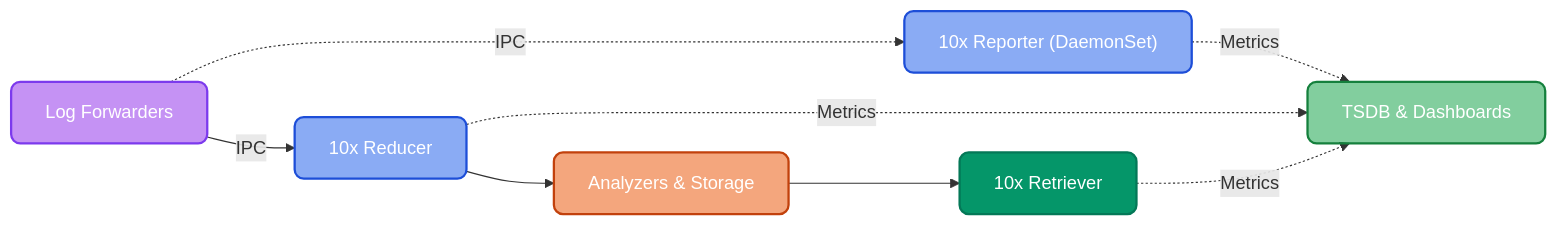
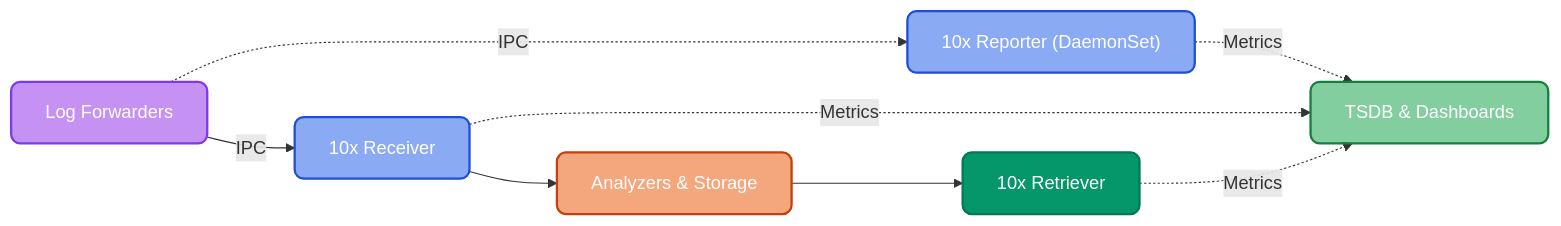
The diagram in apps/doc.md (log-10x/modules), drawn with Mermaid before and after one commit. The commit also changed other lines of this file and 41 other files, not shown here.

````diff
--- a/apps/doc.md
+++ b/apps/doc.md
@@ -11,23 +11,23 @@
 ```mermaid
 graph LR
-    Forwarders["Log Forwarders"] -->|IPC| Edge["10x Reducer"]
+    Forwarders["Log Forwarders"] -->|IPC| Edge["10x Receiver"]
     Edge --> Analyzers["Analyzers & Storage"]
     Forwarders -.->|IPC| Reporter["10x Reporter (DaemonSet)"]
     Analyzers --> Cloud["10x Retriever"]
     Reporter -.->|Metrics| Console["TSDB & Dashboards"]
     Edge -.->|Metrics| Console
     Cloud -.->|Metrics| Console
 
     classDef forwarders fill:#9333ea88,stroke:#7c3aed,color:#ffffff,stroke-width:2px,rx:8,ry:8
     classDef edge fill:#2563eb88,stroke:#1d4ed8,color:#ffffff,stroke-width:2px,rx:8,ry:8
     classDef analyzers fill:#ea580c88,stroke:#c2410c,color:#ffffff,stroke-width:2px,rx:8,ry:8
     classDef cloud fill:#059669,stroke:#047857,color:#ffffff,stroke-width:2px,rx:8,ry:8
     classDef console fill:#16a34a88,stroke:#15803d,color:#ffffff,stroke-width:2px,rx:8,ry:8
 
     class Forwarders forwarders
     class Edge edge
     class Reporter edge
     class Analyzers analyzers
     class Cloud cloud
     class Console console
 ```
````
